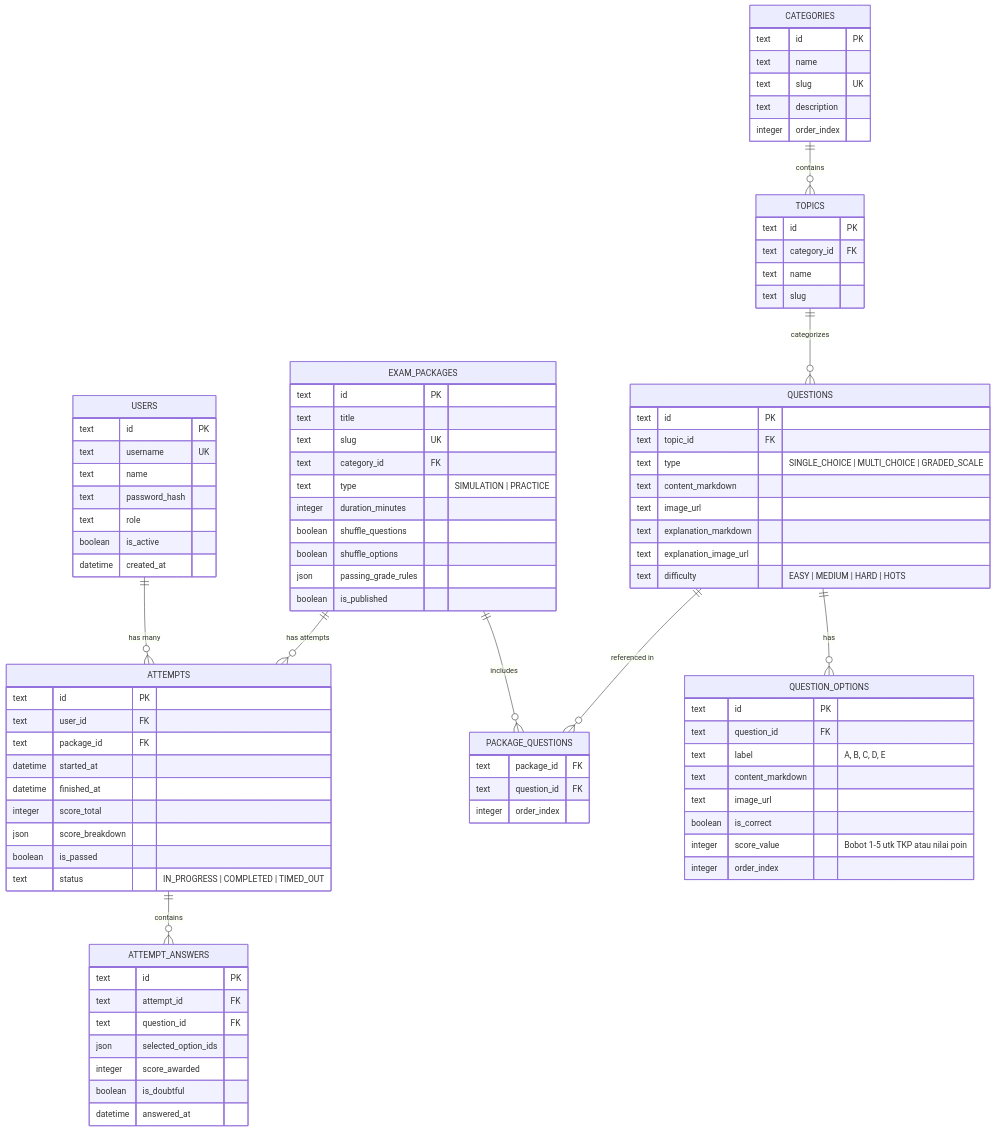
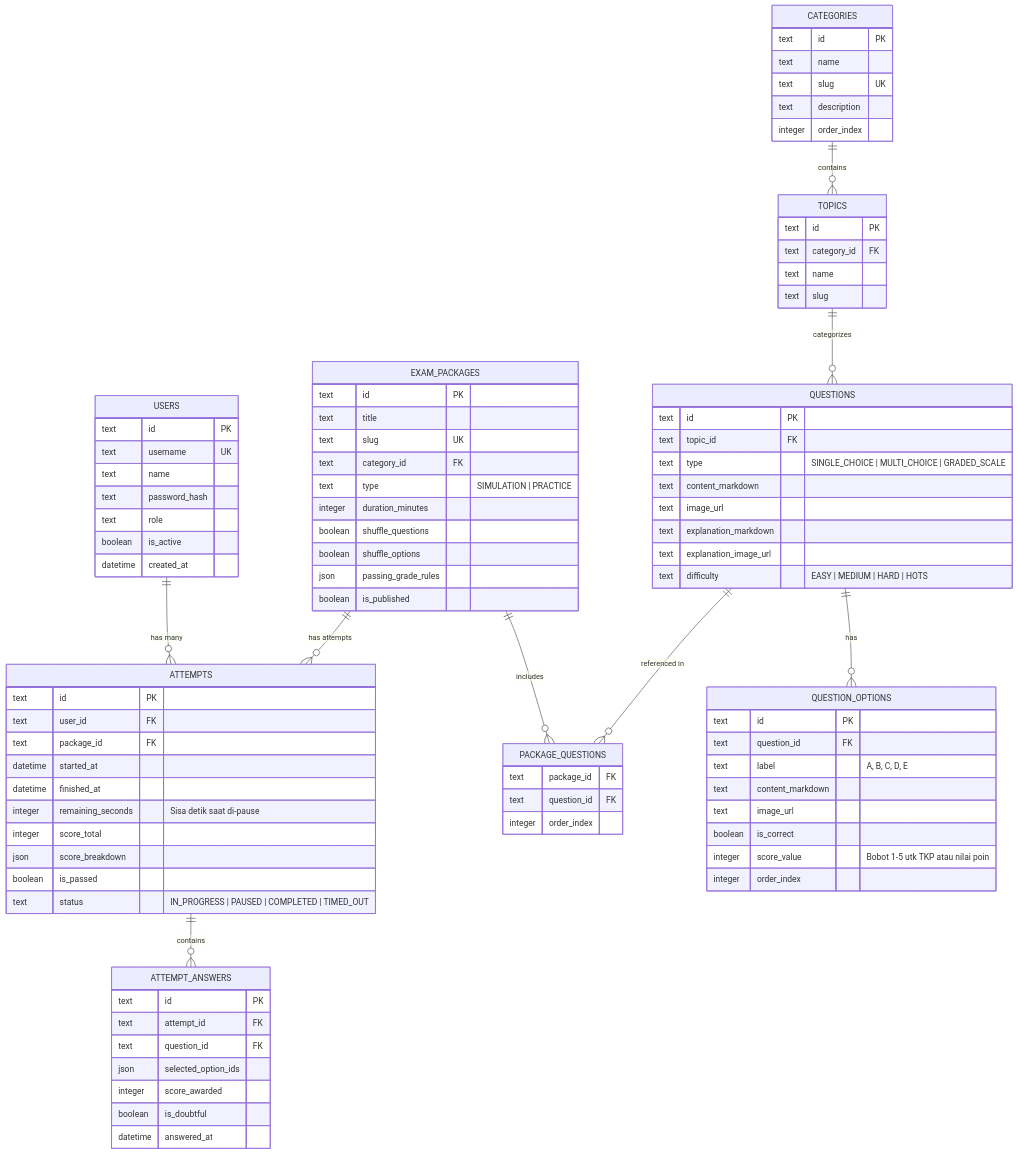
One commit to moh-affan/cerdasify changed the diagram in PRD.md. Above: the diagram before and after it, drawn with Mermaid. The commit also changed other lines of this file and 4 other files, not shown here.

```diff
--- a/PRD.md
+++ b/PRD.md
@@ -226,10 +219,11 @@
         text package_id FK
         datetime started_at
         datetime finished_at
+        integer remaining_seconds "Sisa detik saat di-pause"
         integer score_total
         json score_breakdown
         boolean is_passed
-        text status "IN_PROGRESS | COMPLETED | TIMED_OUT"
+        text status "IN_PROGRESS | PAUSED | COMPLETED | TIMED_OUT"
     }
 
     ATTEMPT_ANSWERS {
```
